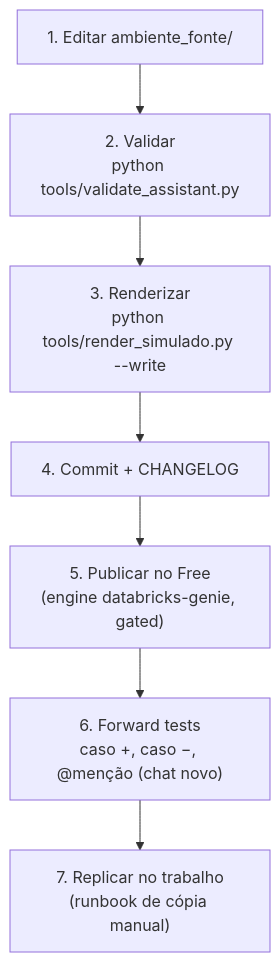
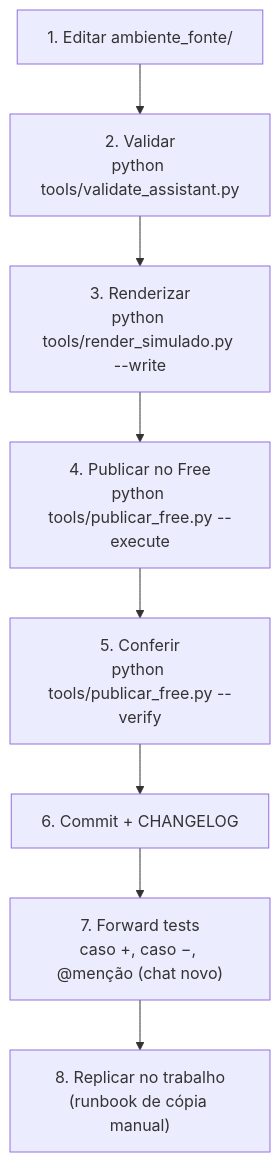
The second of 2 diagrams in README.md (Guimarais-R-Rodrigo/Ambiente_Databricks), drawn with Mermaid before and after one commit. The commit also changed other lines of this file and 1 other file, not shown here.

````diff
--- a/README.md
+++ b/README.md
@@ -63,9 +95,10 @@
 ```mermaid
 flowchart TD
   E["1. Editar ambiente_fonte/"] --> V["2. Validar\npython tools/validate_assistant.py"]
   V --> R["3. Renderizar\npython tools/render_simulado.py --write"]
-  R --> C["4. Commit + CHANGELOG"]
-  C --> P["5. Publicar no Free\n(engine databricks-genie, gated)"]
-  P --> T["6. Forward tests\ncaso +, caso −, @menção (chat novo)"]
-  T --> W["7. Replicar no trabalho\n(runbook de cópia manual)"]
+  R --> P["4. Publicar no Free\npython tools/publicar_free.py --execute"]
+  P --> C["5. Conferir\npython tools/publicar_free.py --verify"]
+  C --> G["6. Commit + CHANGELOG"]
+  G --> T["7. Forward tests\ncaso +, caso −, @menção (chat novo)"]
+  T --> W["8. Replicar no trabalho\n(runbook de cópia manual)"]
 ```
````
